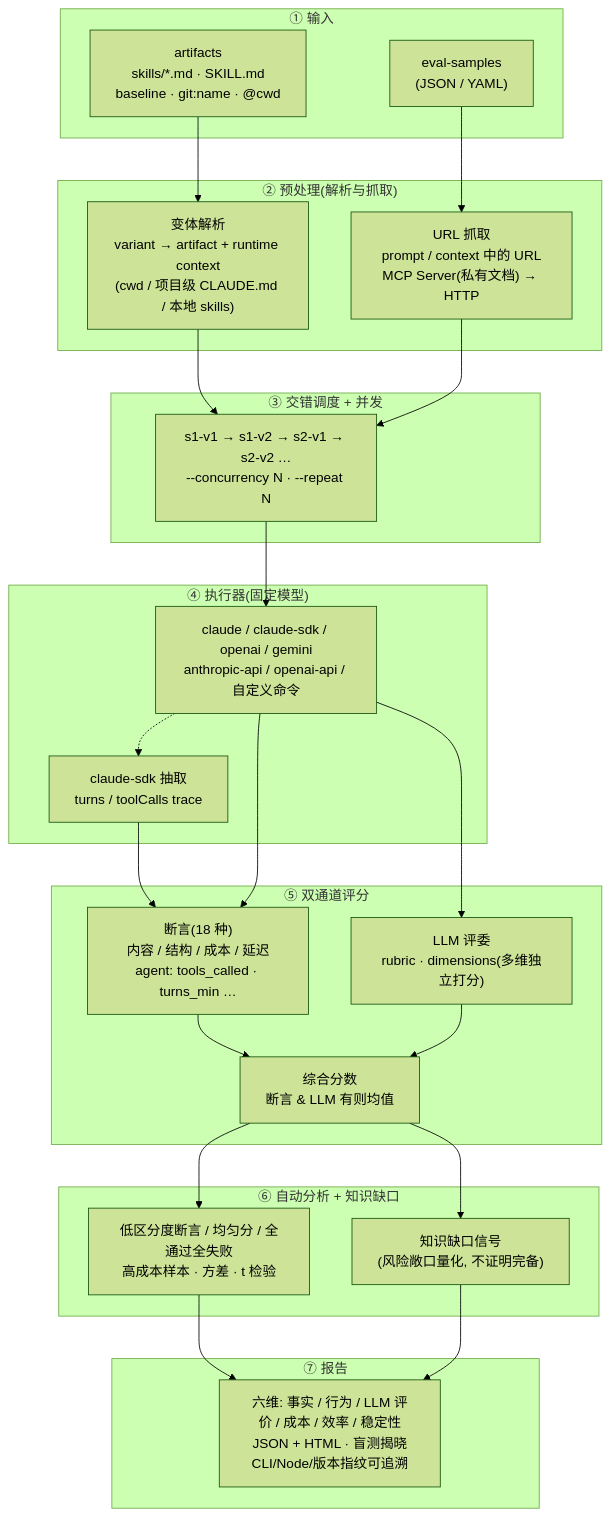
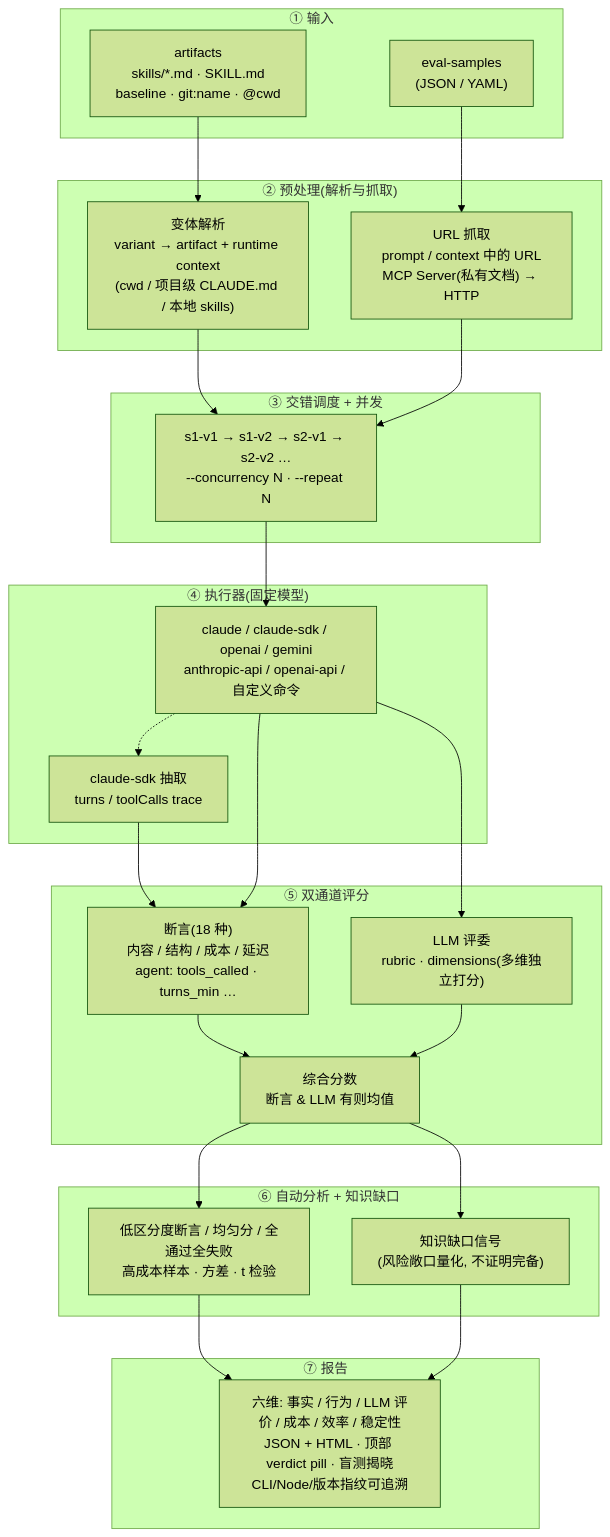
One commit to lizhiyao/oh-my-knowledge changed the diagram in README.zh.md. Above: the diagram before and after it, drawn with Mermaid (forest theme). The commit also changed other lines of this file and 1 other file, not shown here.

First line of the commit message:
docs: README zh + en 同步更新到 v0.23 — verdict / RAG / budget / diagnose / failures

````diff
--- a/README.zh.md
+++ b/README.zh.md
@@ -90,52 +96,52 @@
 ```mermaid
 flowchart TD
     subgraph Input["① 输入"]
         S["eval-samples<br/>(JSON / YAML)"]
         A["artifacts<br/>skills/*.md · SKILL.md<br/>baseline · git:name · @cwd"]
     end
 
     subgraph Prep["② 预处理(解析与抓取)"]
         V["变体解析<br/>variant → artifact + runtime context<br/>(cwd / 项目级 CLAUDE.md / 本地 skills)"]
         U["URL 抓取<br/>prompt / context 中的 URL<br/>MCP Server(私有文档) → HTTP"]
     end
 
     subgraph Schedule["③ 交错调度 + 并发"]
         Q["s1-v1 → s1-v2 → s2-v1 → s2-v2 …<br/>--concurrency N · --repeat N"]
     end
 
     subgraph Exec["④ 执行器(固定模型)"]
         E["claude / claude-sdk / openai / gemini<br/>anthropic-api / openai-api / 自定义命令"]
         T["claude-sdk 抽取<br/>turns / toolCalls trace"]
         E -.-> T
     end
 
     subgraph Score["⑤ 双通道评分"]
         AS["断言(18 种)<br/>内容 / 结构 / 成本 / 延迟<br/>agent: tools_called · turns_min …"]
         LS["LLM 评委<br/>rubric · dimensions(多维独立打分)"]
         CS["综合分数<br/>断言 & LLM 有则均值"]
         AS --> CS
         LS --> CS
     end
 
     subgraph Analyze["⑥ 自动分析 + 知识缺口"]
         D["低区分度断言 / 均匀分 / 全通过全失败<br/>高成本样本 · 方差 · t 检验"]
         G["知识缺口信号<br/>(风险敞口量化, 不证明完备)"]
     end
 
     subgraph Report["⑦ 报告"]
-        R["六维: 事实 / 行为 / LLM 评价 / 成本 / 效率 / 稳定性<br/>JSON + HTML · 盲测揭晓<br/>CLI/Node/版本指纹可追溯"]
+        R["六维: 事实 / 行为 / LLM 评价 / 成本 / 效率 / 稳定性<br/>JSON + HTML · 顶部 verdict pill · 盲测揭晓<br/>CLI/Node/版本指纹可追溯"]
     end
 
     S --> U
     A --> V
     V --> Q
     U --> Q
     Q --> E
     T --> AS
     E --> AS
     E --> LS
     CS --> D
     CS --> G
     D --> R
     G --> R
 ```
````
